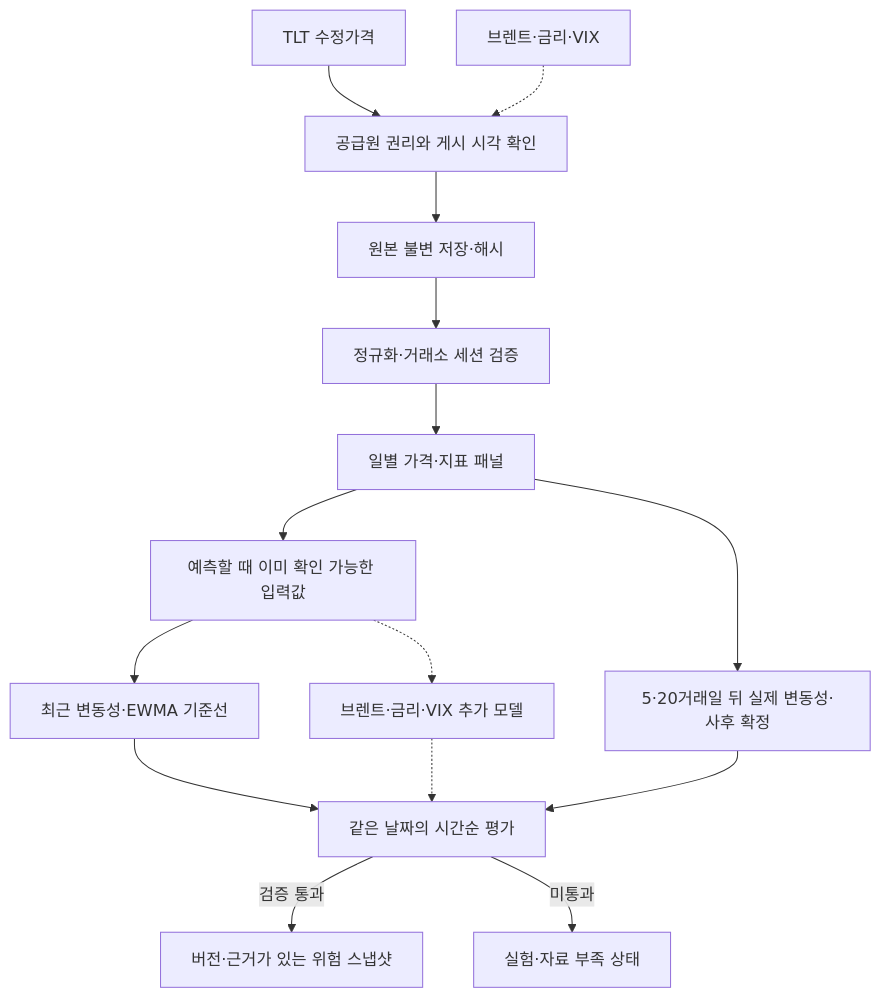
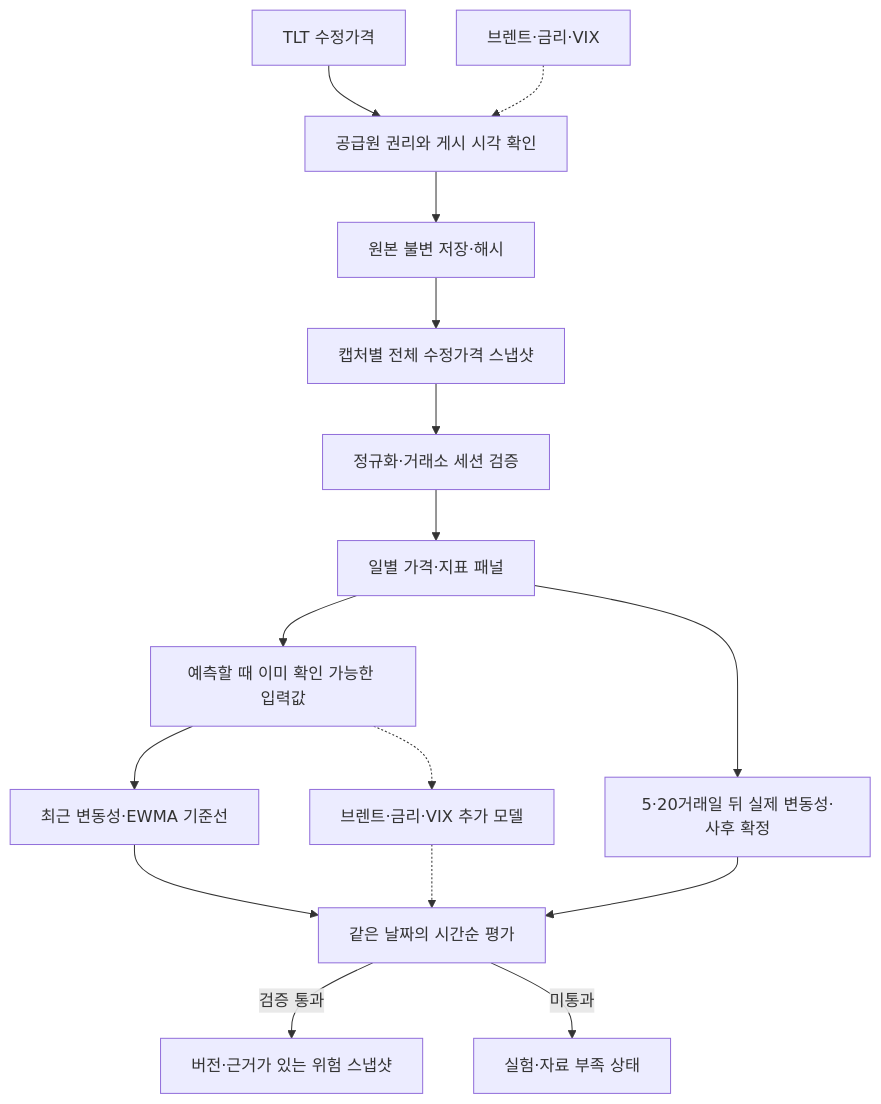
The first of 2 diagrams in docs/project-flow.md (AnDev77/ShockGarph_AI), drawn with Mermaid before and after one commit. The commit also changed other lines of this file and 12 other files, not shown here.

````diff
--- a/docs/project-flow.md
+++ b/docs/project-flow.md
@@ -10,17 +10,18 @@
 ```mermaid
 flowchart TB
     T["TLT 수정가격"] --> G["공급원 권리와 게시 시각 확인"]
     X["브렌트·금리·VIX"] -.-> G
     G --> R["원본 불변 저장·해시"]
-    R --> N["정규화·거래소 세션 검증"]
+    R --> V["캡처별 전체 수정가격 스냅샷"]
+    V --> N["정규화·거래소 세션 검증"]
     N --> D["일별 가격·지표 패널"]
     D --> I["예측할 때 이미 확인 가능한 입력값"]
     D --> Y["5·20거래일 뒤 실제 변동성·사후 확정"]
     I --> B["최근 변동성·EWMA 기준선"]
     I -.-> M["브렌트·금리·VIX 추가 모델"]
     B --> E["같은 날짜의 시간순 평가"]
     M -.-> E
     Y --> E
     E -->|검증 통과| S["버전·근거가 있는 위험 스냅샷"]
     E -->|미통과| U["실험·자료 부족 상태"]
 ```
````
